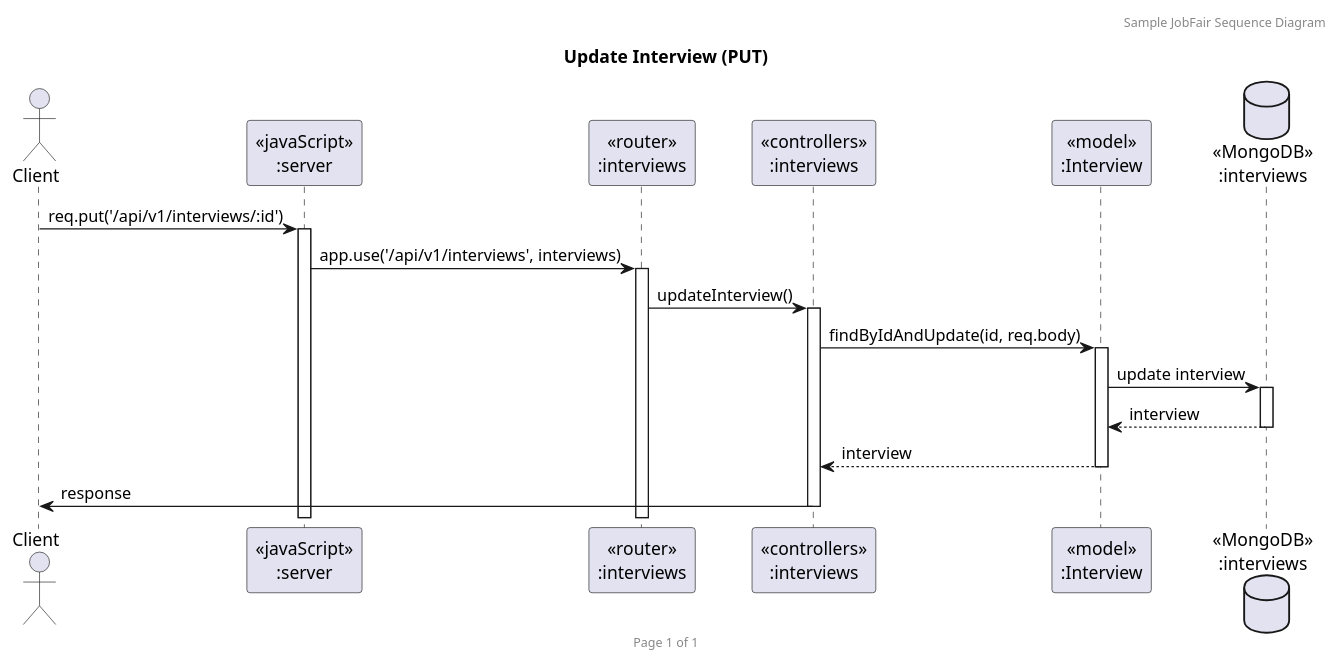
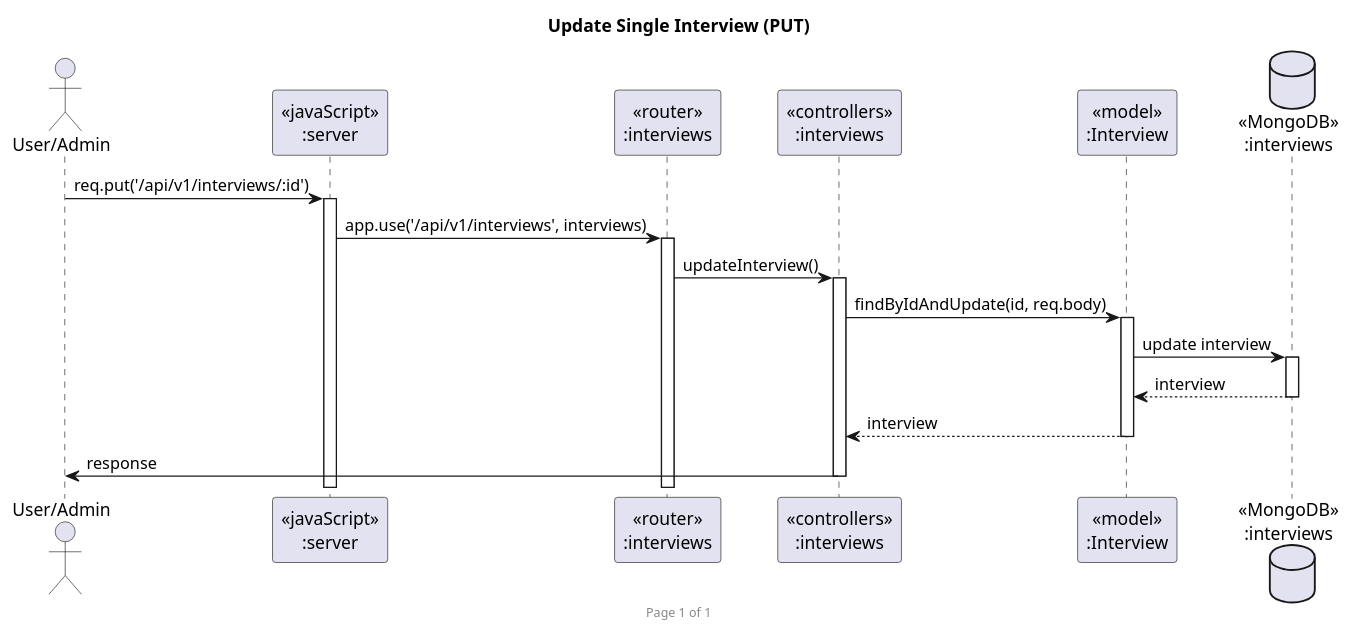
Diagram 14 of 15 in uml/sequence-diagram.puml (2110503-CEDT68/be-project-68-vacq), drawn with PlantUML before and after one commit. The commit also changed other lines of this file and 27 other files, not shown here.

Commit message:
Edit sequence diagram

```diff
--- a/uml/sequence-diagram.puml
+++ b/uml/sequence-diagram.puml
@@ -331,23 +294,22 @@
-@startuml Update Interview (PUT)
+@startuml Update Single Interview (PUT)
 
-header Sample JobFair Sequence Diagram
 footer Page %page% of %lastpage%
-title "Update Interview (PUT)"
+title "Update Single Interview (PUT)"
 
-actor "Client" as client
+actor "User/Admin" as client
 participant "<<javaScript>>\n:server" as server
 participant "<<router>>\n:interviews" as routerInterviews
 participant "<<controllers>>\n:interviews" as controllersInterviews
 participant "<<model>>\n:Interview" as modelInterview
 database "<<MongoDB>>\n:interviews" as InterviewsDatabase
 
 client->server ++: req.put('/api/v1/interviews/:id')
 server->routerInterviews ++: app.use('/api/v1/interviews', interviews)
 routerInterviews -> controllersInterviews ++: updateInterview()
 controllersInterviews->modelInterview ++: findByIdAndUpdate(id, req.body)
 modelInterview ->InterviewsDatabase ++: update interview
 InterviewsDatabase --> modelInterview --: interview
 controllersInterviews <-- modelInterview --: interview
 controllersInterviews->client --: response
 
 @enduml
```
